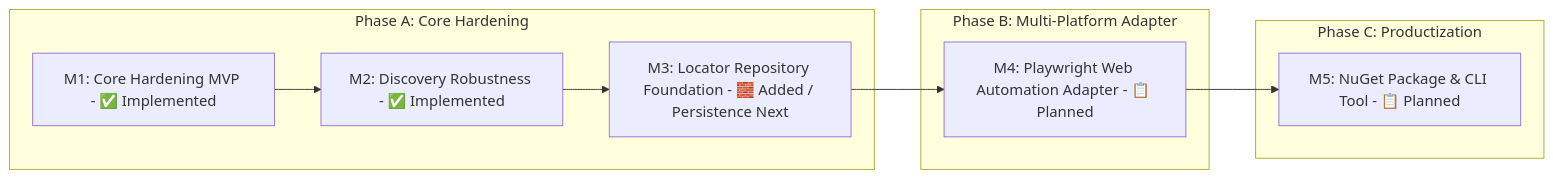
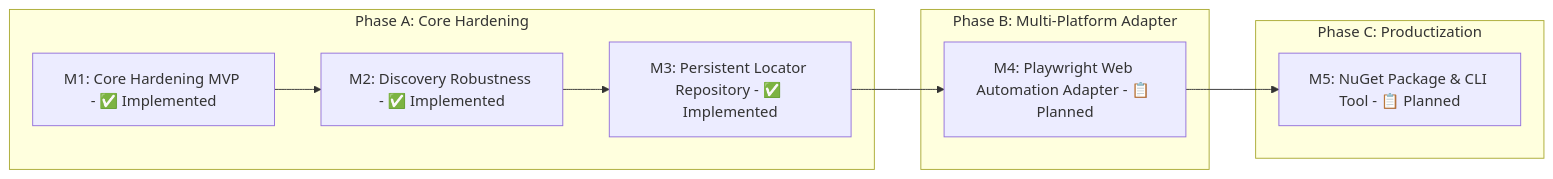
Before and after one commit to mustafasercansak/automation-sandbox: the third of 6 diagrams in PROJECT_SHOWCASE.md, drawn with Mermaid. The commit also changed other lines of this file and 5 other files, not shown here.

Commit message:
feat: implement persistent locator repository with concurrency-safe load/save/upsert; add tests for repository functionality and healing history entry factory

````diff
--- a/PROJECT_SHOWCASE.md
+++ b/PROJECT_SHOWCASE.md
@@ -174,16 +175,16 @@
 ```mermaid
 graph LR
     subgraph PhaseA [Phase A: Core Hardening]
         M1[M1: Core Hardening MVP - ✅ Implemented]
         M2[M2: Discovery Robustness - ✅ Implemented]
-        M3[M3: Locator Repository Foundation - 🧱 Added / Persistence Next]
+        M3[M3: Persistent Locator Repository - ✅ Implemented]
         M1 --> M2 --> M3
     end
     subgraph PhaseB [Phase B: Multi-Platform Adapter]
         M4[M4: Playwright Web Automation Adapter - 📋 Planned]
     end
     subgraph PhaseC [Phase C: Productization]
         M5[M5: NuGet Package & CLI Tool - 📋 Planned]
     end
     M3 --> M4 --> M5
 ```
````
